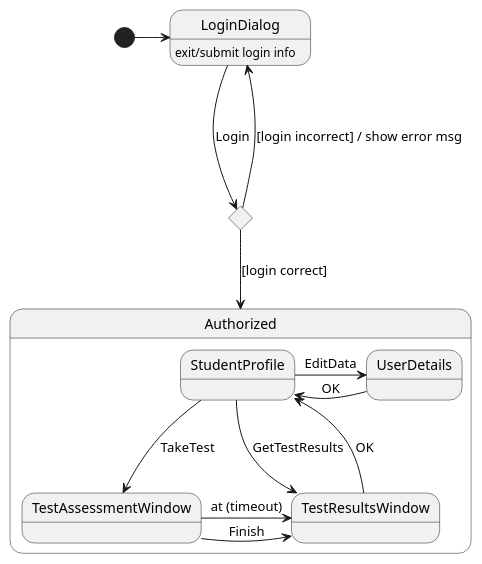
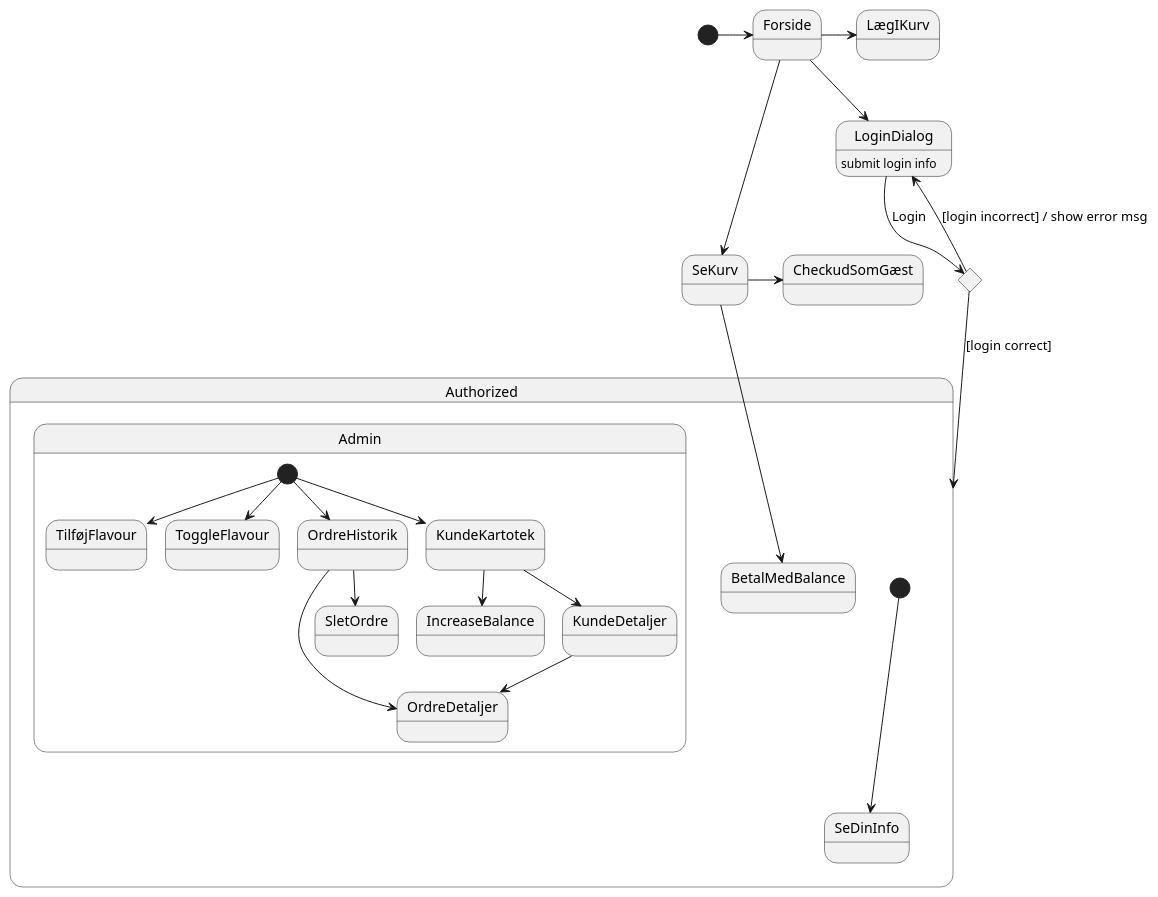
One commit to AndyTheDragon/Cupcake changed the diagram in docs/state-diagram-example.puml. Above: the diagram before and after it, drawn with PlantUML. The commit also changed 8 other files, not shown here.

Commit message:
UML diagrammer

```diff
--- a/docs/state-diagram-example.puml
+++ b/docs/state-diagram-example.puml
@@ -1,24 +1,32 @@
 @startuml
 'https://plantuml.com/state-diagram
 
 state c <<choice>>
 
-[*] -> LoginDialog
-LoginDialog : exit/submit login info
-LoginDialog -> c : Login
-c ---> LoginDialog : [login incorrect] / show error msg
+[*] -> Forside
+Forside -> LægIKurv
+Forside --> LoginDialog
+LoginDialog : submit login info
+LoginDialog --> c : Login
+c --> LoginDialog : [login incorrect] / show error msg
 c --> Authorized : [login correct]
-
+Forside --> SeKurv
+SeKurv -> CheckudSomGæst
 
 state Authorized {
-StudentProfile -> TestAssessmentWindow : TakeTest
-StudentProfile -> UserDetails : EditData
-UserDetails -> StudentProfile : OK
-StudentProfile --->  TestResultsWindow : GetTestResults
-TestResultsWindow ---> StudentProfile : OK
-TestAssessmentWindow -> TestResultsWindow : Finish
-TestAssessmentWindow -> TestResultsWindow : at (timeout)
-
+    [*] --> SeDinInfo
+    SeKurv --> BetalMedBalance
+    state Admin {
+        [*] --> TilføjFlavour
+        [*] --> ToggleFlavour
+        [*] --> OrdreHistorik
+        OrdreHistorik --> OrdreDetaljer
+        OrdreHistorik --> SletOrdre
+        [*] --> KundeKartotek
+        KundeKartotek --> IncreaseBalance
+        KundeKartotek --> KundeDetaljer
+        KundeDetaljer --> OrdreDetaljer
+    }
 }
 
 @enduml
```
